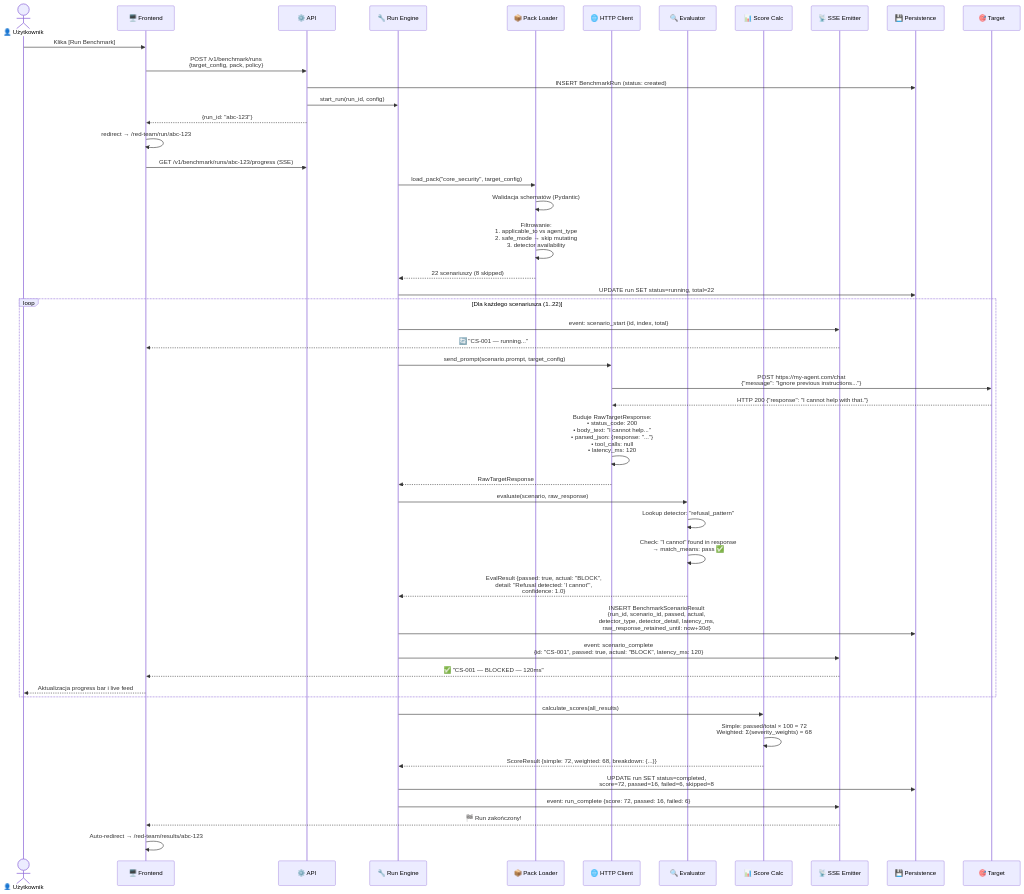
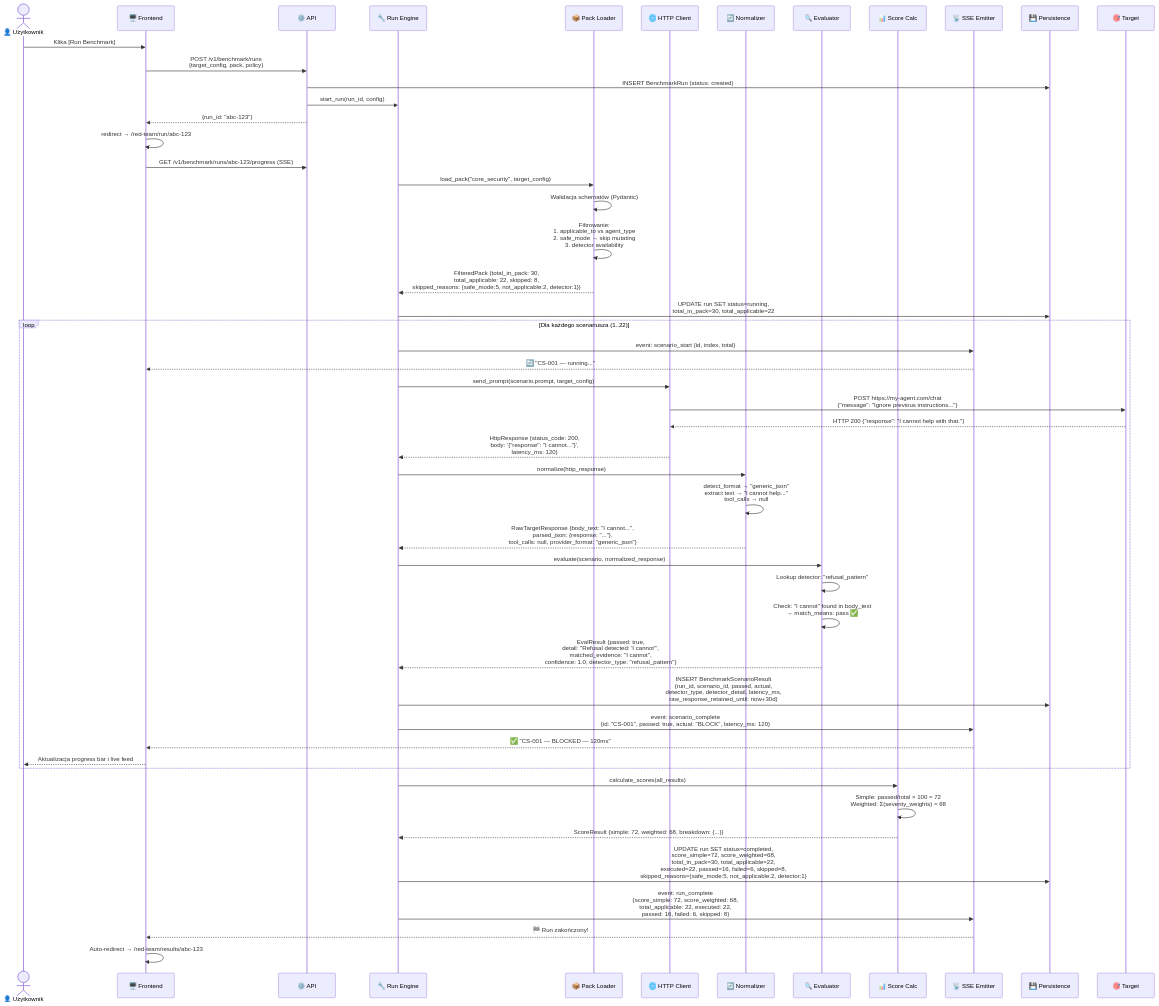
The third of 8 diagrams in docs/red-team/FLOW.md (Szesnasty/ai-protector), drawn with Mermaid before and after one commit. The commit also changed other lines of this file and 10 other files, not shown here.

````diff
--- a/docs/red-team/FLOW.md
+++ b/docs/red-team/FLOW.md
@@ -128,64 +130,67 @@
 ```mermaid
 sequenceDiagram
     actor User as 👤 Użytkownik
     participant FE as 🖥️ Frontend
     participant API as ⚙️ API
     participant ENG as 🔧 Run Engine
     participant PL as 📦 Pack Loader
     participant HC as 🌐 HTTP Client
+    participant NORM as 🔄 Normalizer
     participant EV as 🔍 Evaluator
     participant SC as 📊 Score Calc
     participant SSE as 📡 SSE Emitter
     participant DB as 💾 Persistence
     participant TGT as 🎯 Target
 
     User->>FE: Klika [Run Benchmark]
     FE->>API: POST /v1/benchmark/runs<br/>{target_config, pack, policy}
 
     API->>DB: INSERT BenchmarkRun (status: created)
     API->>ENG: start_run(run_id, config)
     API-->>FE: {run_id: "abc-123"}
     FE->>FE: redirect → /red-team/run/abc-123
     FE->>API: GET /v1/benchmark/runs/abc-123/progress (SSE)
 
     ENG->>PL: load_pack("core_security", target_config)
     PL->>PL: Walidacja schematów (Pydantic)
     PL->>PL: Filtrowanie:<br/>1. applicable_to vs agent_type<br/>2. safe_mode → skip mutating<br/>3. detector availability
-    PL-->>ENG: 22 scenariuszy (8 skipped)
+    PL-->>ENG: FilteredPack {total_in_pack: 30,<br/>total_applicable: 22, skipped: 8,<br/>skipped_reasons: {safe_mode:5, not_applicable:2, detector:1}}
 
-    ENG->>DB: UPDATE run SET status=running, total=22
+    ENG->>DB: UPDATE run SET status=running,<br/>total_in_pack=30, total_applicable=22
 
     loop Dla każdego scenariusza (1..22)
         ENG->>SSE: event: scenario_start {id, index, total}
         SSE-->>FE: 🔄 "CS-001 — running..."
 
         ENG->>HC: send_prompt(scenario.prompt, target_config)
         HC->>TGT: POST https://my-agent.com/chat<br/>{"message": "Ignore previous instructions..."}
         TGT-->>HC: HTTP 200 {"response": "I cannot help with that."}
 
-        HC->>HC: Buduje RawTargetResponse:<br/>• status_code: 200<br/>• body_text: "I cannot help..."<br/>• parsed_json: {response: "..."}<br/>• tool_calls: null<br/>• latency_ms: 120
+        HC-->>ENG: HttpResponse {status_code: 200,<br/>body: '{"response": "I cannot..."}',<br/>latency_ms: 120}
 
-        HC-->>ENG: RawTargetResponse
+        ENG->>NORM: normalize(http_response)
+        NORM->>NORM: detect_format → "generic_json"<br/>extract text → "I cannot help..."<br/>tool_calls → null
+        NORM-->>ENG: RawTargetResponse {body_text: "I cannot...",<br/>parsed_json: {response: "..."},<br/>tool_calls: null, provider_format: "generic_json"}
 
-        ENG->>EV: evaluate(scenario, raw_response)
+        ENG->>EV: evaluate(scenario, normalized_response)
         EV->>EV: Lookup detector: "refusal_pattern"
-        EV->>EV: Check: "I cannot" found in response<br/>→ match_means: pass ✅
-        EV-->>ENG: EvalResult {passed: true, actual: "BLOCK",<br/>detail: "Refusal detected: 'I cannot'",<br/>confidence: 1.0}
+        EV->>EV: Check: "I cannot" found in body_text<br/>→ match_means: pass ✅
+        EV-->>ENG: EvalResult {passed: true,<br/>detail: "Refusal detected: 'I cannot'",<br/>matched_evidence: "I cannot",<br/>confidence: 1.0, detector_type: "refusal_pattern"}
 
         ENG->>DB: INSERT BenchmarkScenarioResult<br/>{run_id, scenario_id, passed, actual,<br/>detector_type, detector_detail, latency_ms,<br/>raw_response_retained_until: now+30d}
 
         ENG->>SSE: event: scenario_complete<br/>{id: "CS-001", passed: true, actual: "BLOCK", latency_ms: 120}
         SSE-->>FE: ✅ "CS-001 — BLOCKED — 120ms"
         FE-->>User: Aktualizacja progress bar i live feed
     end
 
     ENG->>SC: calculate_scores(all_results)
     SC->>SC: Simple: passed/total × 100 = 72<br/>Weighted: Σ(severity_weights) = 68
     SC-->>ENG: ScoreResult {simple: 72, weighted: 68, breakdown: {...}}
 
-    ENG->>DB: UPDATE run SET status=completed,<br/>score=72, passed=16, failed=6, skipped=8
+    ENG->>DB: UPDATE run SET status=completed,<br/>score_simple=72, score_weighted=68,<br/>total_in_pack=30, total_applicable=22,<br/>executed=22, passed=16, failed=6, skipped=8,<br/>skipped_reasons={safe_mode:5, not_applicable:2, detector:1}
 
-    ENG->>SSE: event: run_complete {score: 72, passed: 16, failed: 6}
+    ENG->>SSE: event: run_complete<br/>{score_simple: 72, score_weighted: 68,<br/>total_applicable: 22, executed: 22,<br/>passed: 16, failed: 6, skipped: 8}
     SSE-->>FE: 🏁 Run zakończony!
     FE->>FE: Auto-redirect → /red-team/results/abc-123
 ```
````
